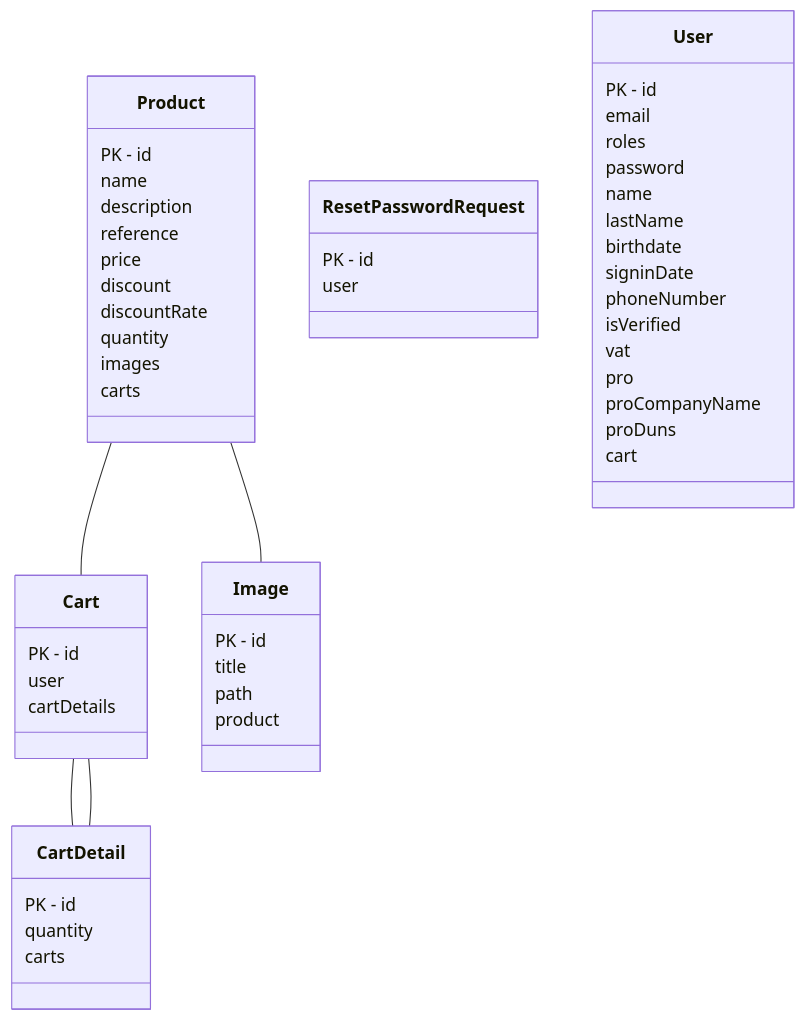
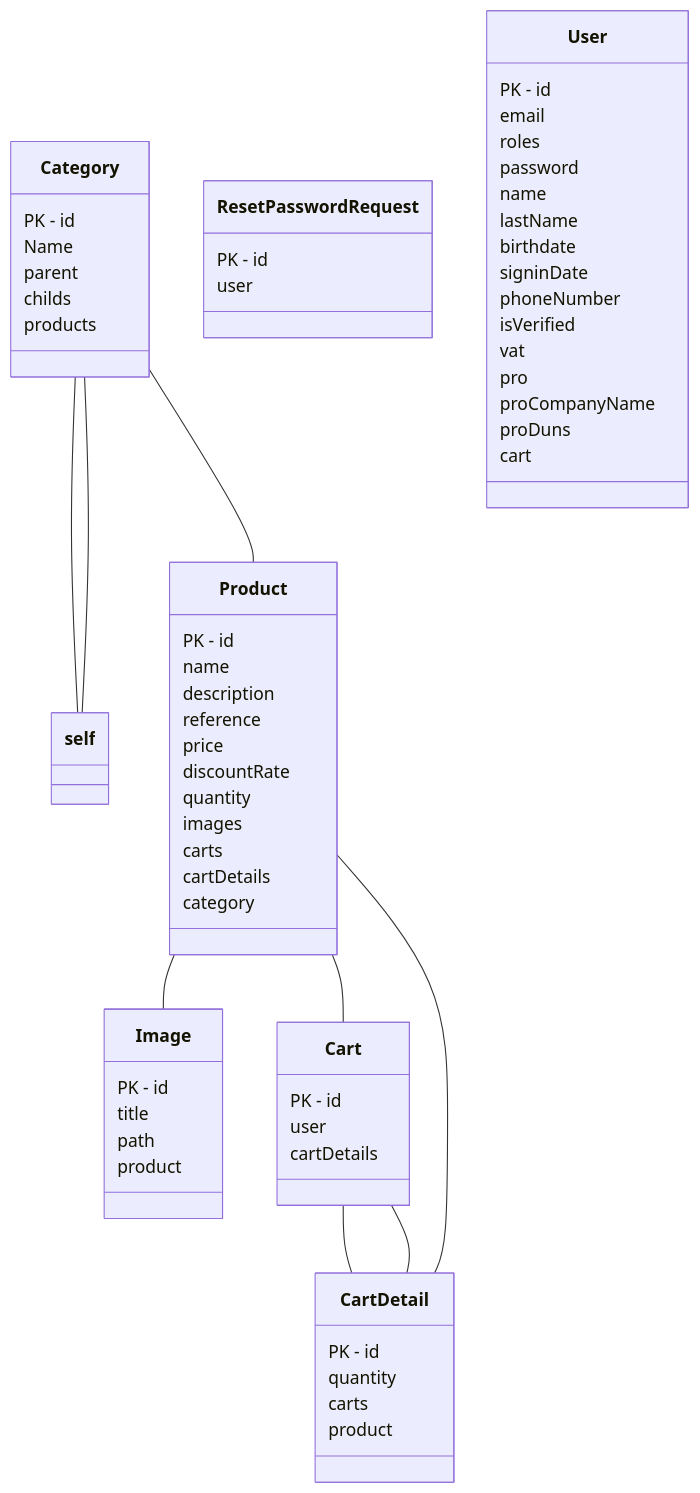
One commit to Mochafe/Projet-Fil-Rouge-Commun-Symfony changed the diagram in UML.md. Above: the diagram before and after it, drawn with Mermaid. The commit also changed 7 other files, not shown here.

````diff
--- a/UML.md
+++ b/UML.md
@@ -1,64 +1,78 @@
 ```mermaid
 classDiagram
 
 class Cart{
 PK - id
 user
 cartDetails
 }
 
 Cart -- CartDetail
 class CartDetail{
 PK - id
 quantity
 carts
+product
 }
 
 CartDetail -- Cart
+class Category{
+PK - id
+Name
+parent
+childs
+products
+}
+
+Category -- self
+Category -- self
+Category -- Product
 class Image{
 PK - id
 title
 path
 product
 }
 
 class Product{
 PK - id
 name
 description
 reference
 price
-discount
 discountRate
 quantity
 images
 carts
+cartDetails
+category
 }
 
 Product -- Image
 Product -- Cart
+Product -- CartDetail
 class ResetPasswordRequest{
 PK - id
 user
 }
 
 class User{
 PK - id
 email
 roles
 password
 name
 lastName
 birthdate
 signinDate
 phoneNumber
 isVerified
 vat
 pro
 proCompanyName
 proDuns
 cart
 }
 
 
 ```
````
